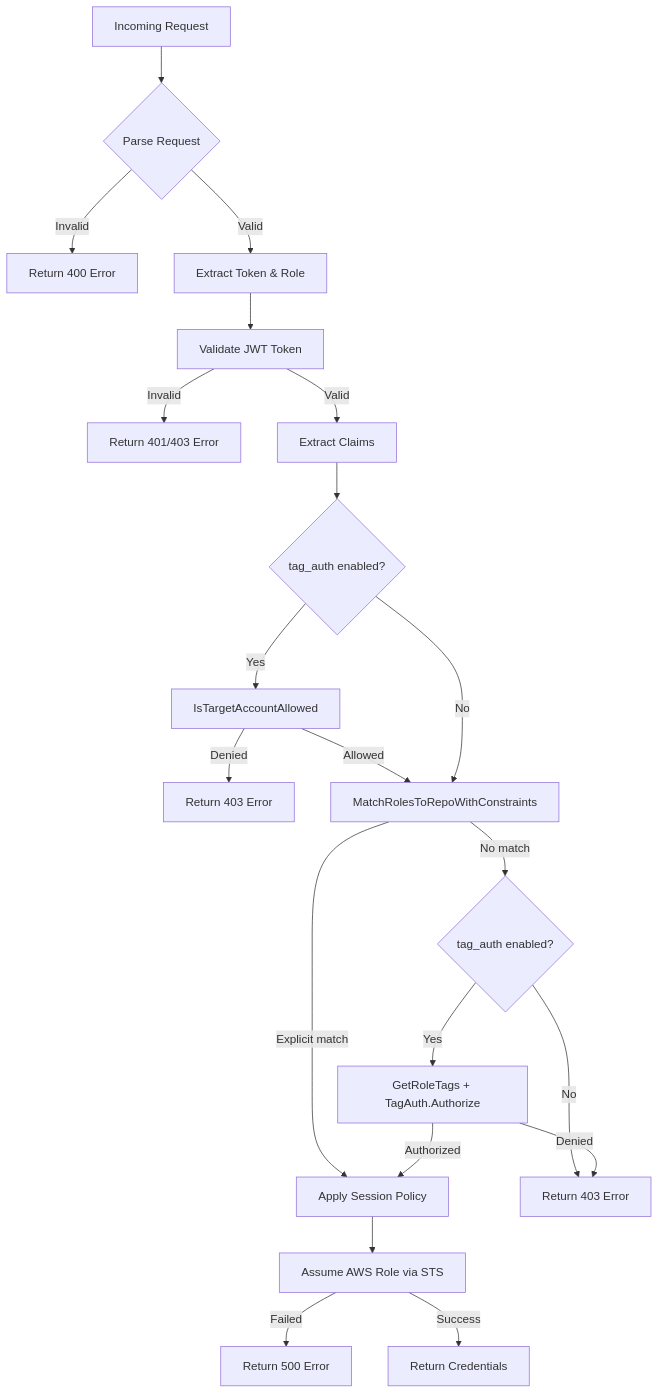
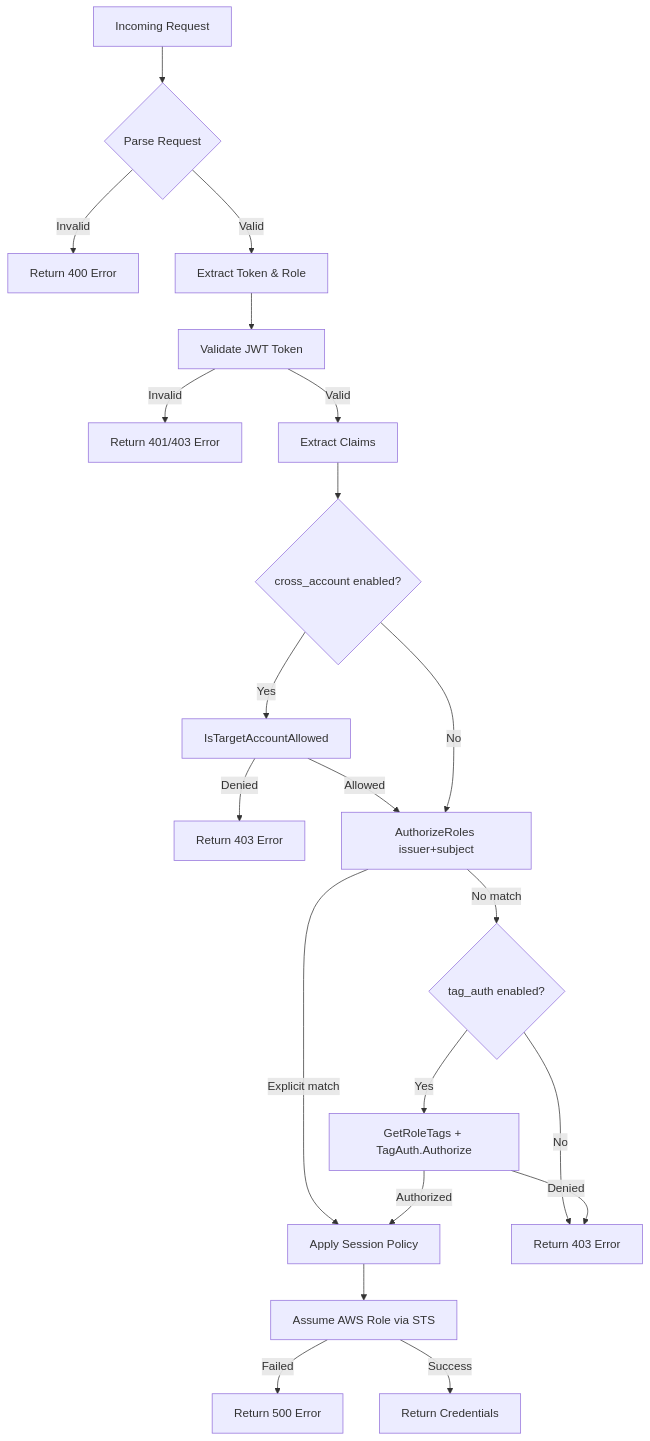
One commit to boogy/aws-oidc-warden changed the third of 7 diagrams in docs/ARCHITECTURE.md. Above: the diagram before and after it, drawn with Mermaid. The commit also changed other lines of this file and 108 other files, not shown here.

````diff
--- a/docs/ARCHITECTURE.md
+++ b/docs/ARCHITECTURE.md
@@ -362,27 +414,27 @@
 ```mermaid
 flowchart TD
     A[Incoming Request] --> B{Parse Request}
     B -->|Invalid| C[Return 400 Error]
     B -->|Valid| D[Extract Token & Role]
 
     D --> E[Validate JWT Token]
     E -->|Invalid| F[Return 401/403 Error]
     E -->|Valid| G[Extract Claims]
 
-    G --> GA{tag_auth enabled?}
+    G --> GA{cross_account enabled?}
     GA -->|Yes| GB[IsTargetAccountAllowed]
     GB -->|Denied| GC[Return 403 Error]
-    GB -->|Allowed| H[MatchRolesToRepoWithConstraints]
+    GB -->|Allowed| H[AuthorizeRoles issuer+subject]
     GA -->|No| H
 
     H -->|Explicit match| N[Apply Session Policy]
     H -->|No match| HA{tag_auth enabled?}
     HA -->|No| I[Return 403 Error]
     HA -->|Yes| HB[GetRoleTags + TagAuth.Authorize]
     HB -->|Denied| I[Return 403 Error]
     HB -->|Authorized| N
 
     N --> O[Assume AWS Role via STS]
     O -->|Failed| P[Return 500 Error]
     O -->|Success| Q[Return Credentials]
 ```
````
